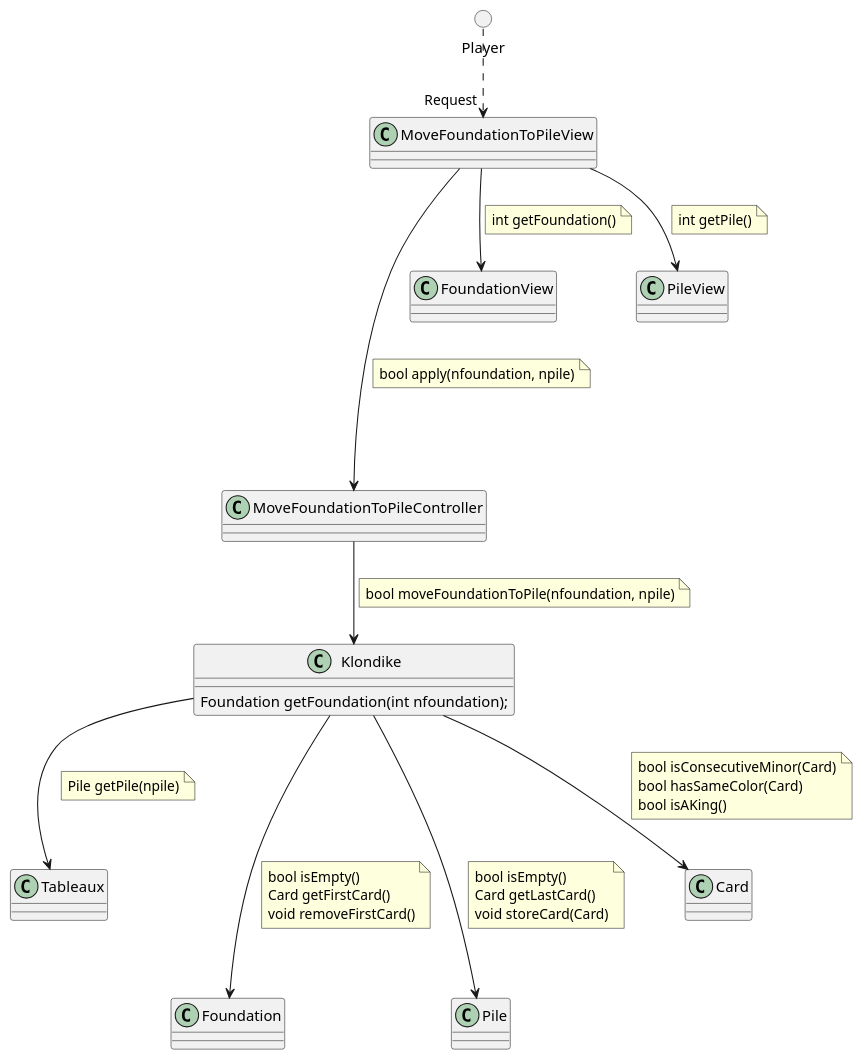
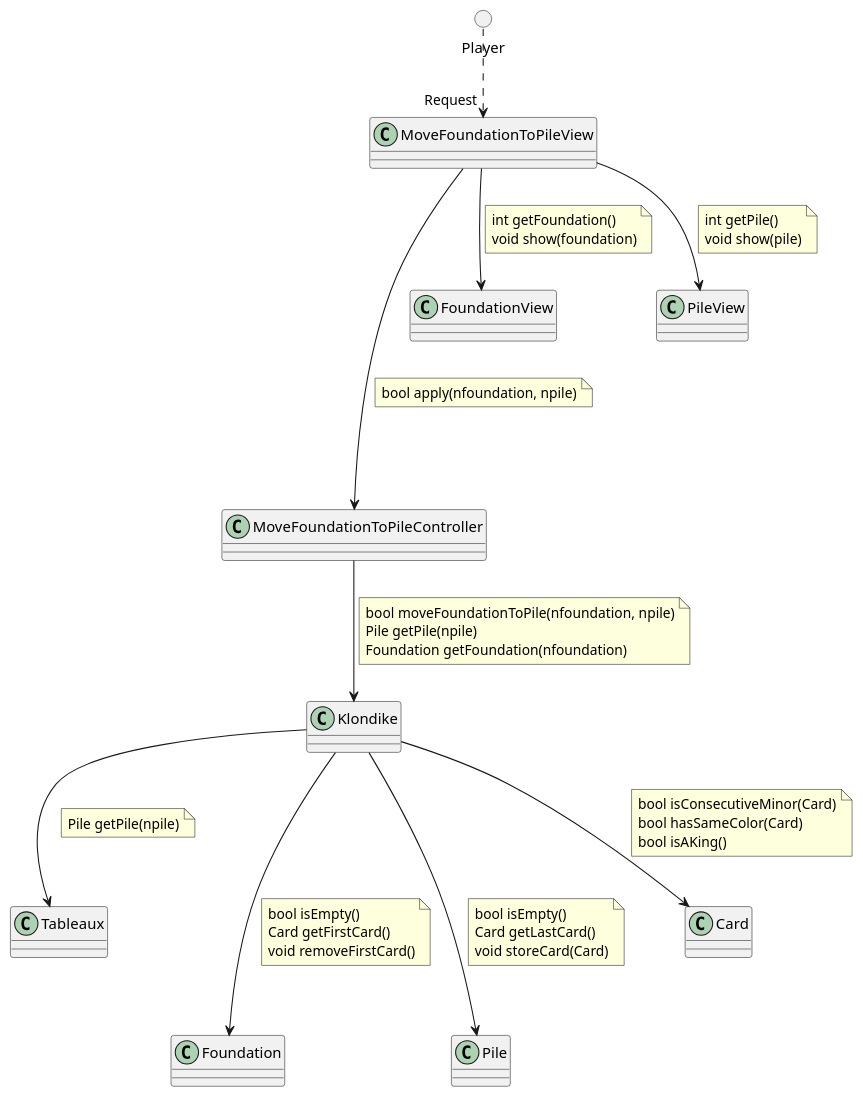
One commit to ciscoruiz/klondike changed the diagram in analysis/collaboration/MoveFoundationToPile.puml. Above: the diagram before and after it, drawn with PlantUML. The commit also changed 1 other file, not shown here.

Commit message:
Take account of showing the result after the movement for MoveFoundationToPile and MovePileToFoundation

```diff
--- a/analysis/collaboration/MoveFoundationToPile.puml
+++ b/analysis/collaboration/MoveFoundationToPile.puml
@@ -1,37 +1,35 @@
 @startuml
 class MoveFoundationToPileView
 class MoveFoundationToPileController
 class Klondike
 circle Player
 
 Player ..> "Request" MoveFoundationToPileView
 
 MoveFoundationToPileView --> FoundationView
-note on link: int getFoundation()
+note on link: int getFoundation()\nvoid show(foundation)
 
 MoveFoundationToPileView --> PileView
-note on link: int getPile()
+note on link: int getPile()\nvoid show(pile)
 
 MoveFoundationToPileView ---->  MoveFoundationToPileController
 note on link: bool apply(nfoundation, npile)
 
 MoveFoundationToPileController --> Klondike
-note on link: bool moveFoundationToPile(nfoundation, npile)
+note on link: bool moveFoundationToPile(nfoundation, npile)\nPile getPile(npile)\nFoundation getFoundation(nfoundation)
 
-class Klondike {
-   Foundation getFoundation(int nfoundation);
-}
+class Klondike
 
 Klondike --> Tableaux
 note on link: Pile getPile(npile)
 
 Klondike --->  Foundation
 note on link: bool isEmpty()\nCard getFirstCard()\nvoid removeFirstCard()
 
 Klondike ---> Pile
 note on link: bool isEmpty()\nCard getLastCard()\nvoid storeCard(Card)
 
 Klondike --> Card
 note on link: bool isConsecutiveMinor(Card)\nbool hasSameColor(Card)\nbool isAKing()
 
 @enduml
```
